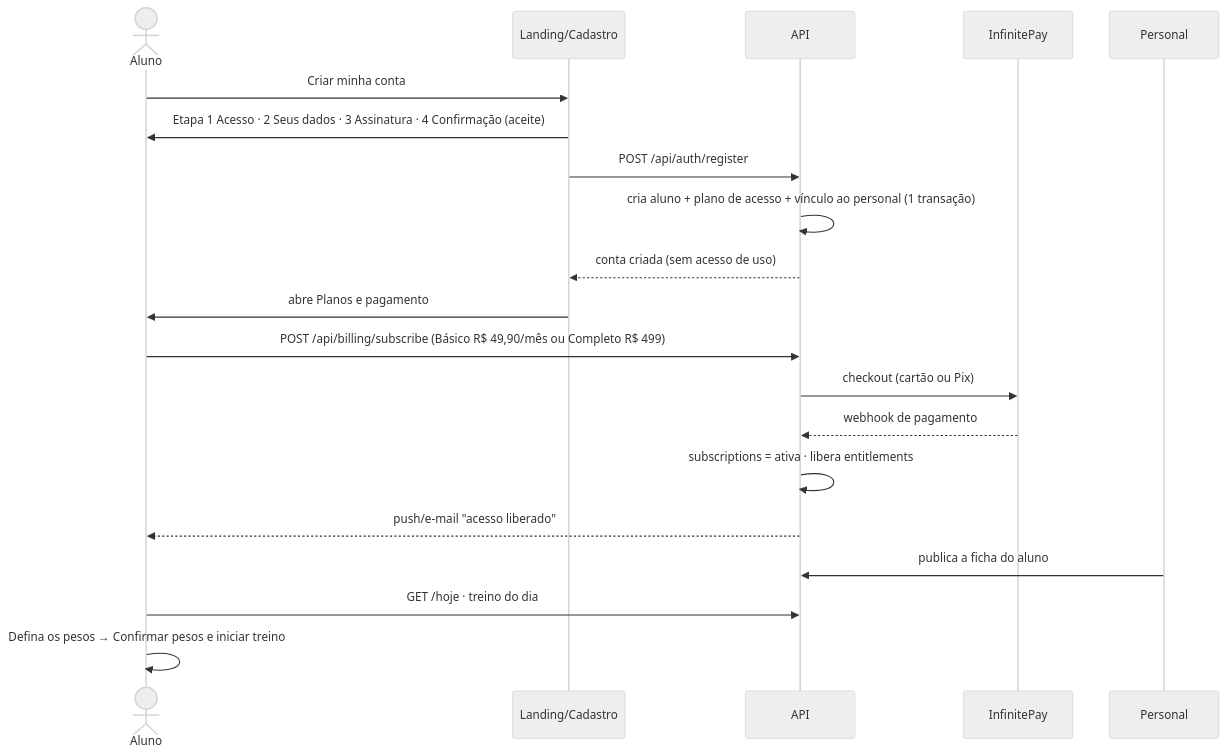
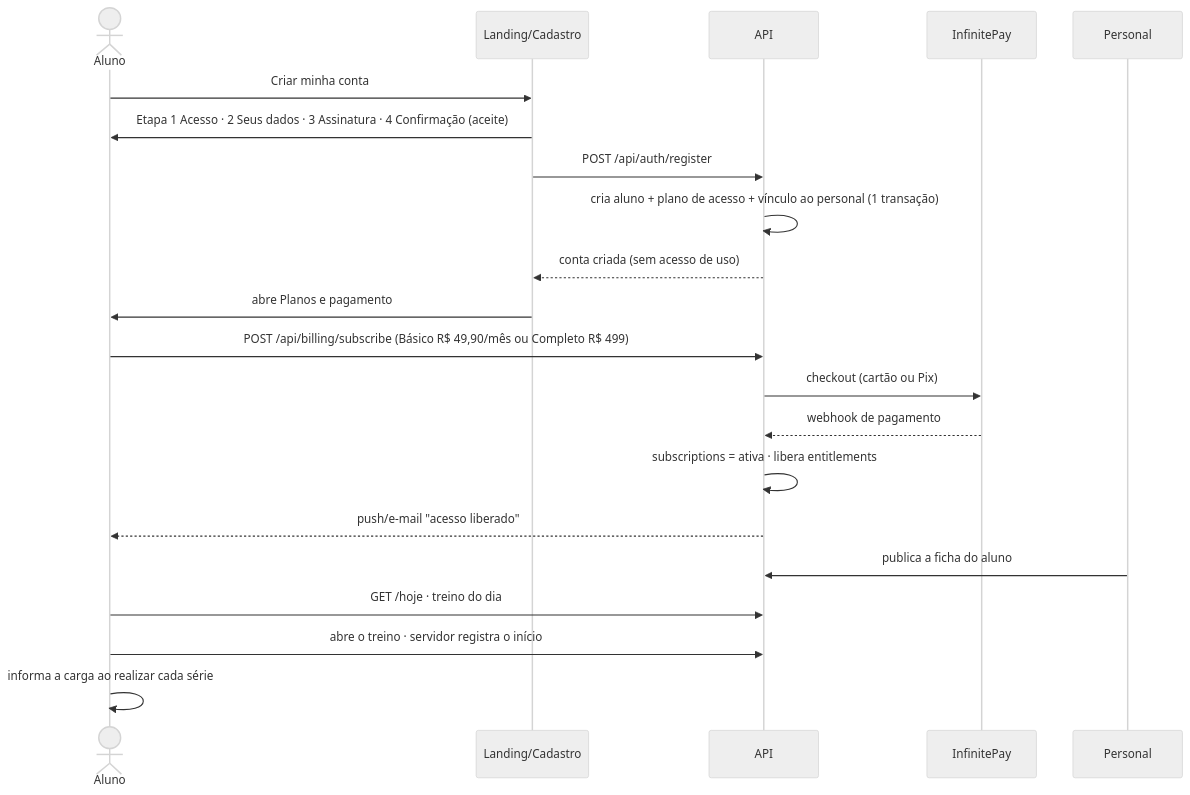
Before and after one commit to Trindadelucas0/projetovitor: the sixth of 12 diagrams in docs/PRD-PROJETO-VITOR.md, drawn with Mermaid (neutral theme). The commit also changed other lines of this file and 21 other files, not shown here.

````diff
--- a/docs/PRD-PROJETO-VITOR.md
+++ b/docs/PRD-PROJETO-VITOR.md
@@ -503,23 +506,24 @@
 ```mermaid
 sequenceDiagram
   actor A as Aluno
   participant L as Landing/Cadastro
   participant API as API
   participant PAY as InfinitePay
   participant P as Personal
 
   A->>L: Criar minha conta
   L->>A: Etapa 1 Acesso · 2 Seus dados · 3 Assinatura · 4 Confirmação (aceite)
   L->>API: POST /api/auth/register
   API->>API: cria aluno + plano de acesso + vínculo ao personal (1 transação)
   API-->>L: conta criada (sem acesso de uso)
   L->>A: abre Planos e pagamento
   A->>API: POST /api/billing/subscribe (Básico R$ 49,90/mês ou Completo R$ 499)
   API->>PAY: checkout (cartão ou Pix)
   PAY-->>API: webhook de pagamento
   API->>API: subscriptions = ativa · libera entitlements
   API-->>A: push/e-mail "acesso liberado"
   P->>API: publica a ficha do aluno
   A->>API: GET /hoje · treino do dia
-  A->>A: Defina os pesos → Confirmar pesos e iniciar treino
+  A->>API: abre o treino · servidor registra o início
+  A->>A: informa a carga ao realizar cada série
 ```
````
